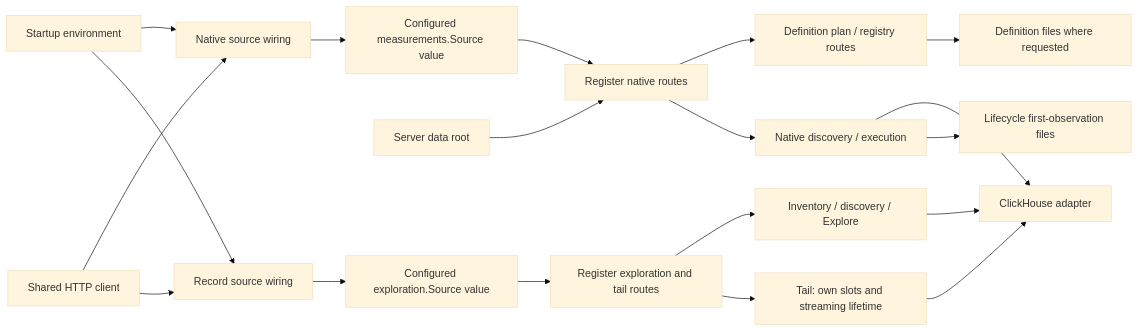
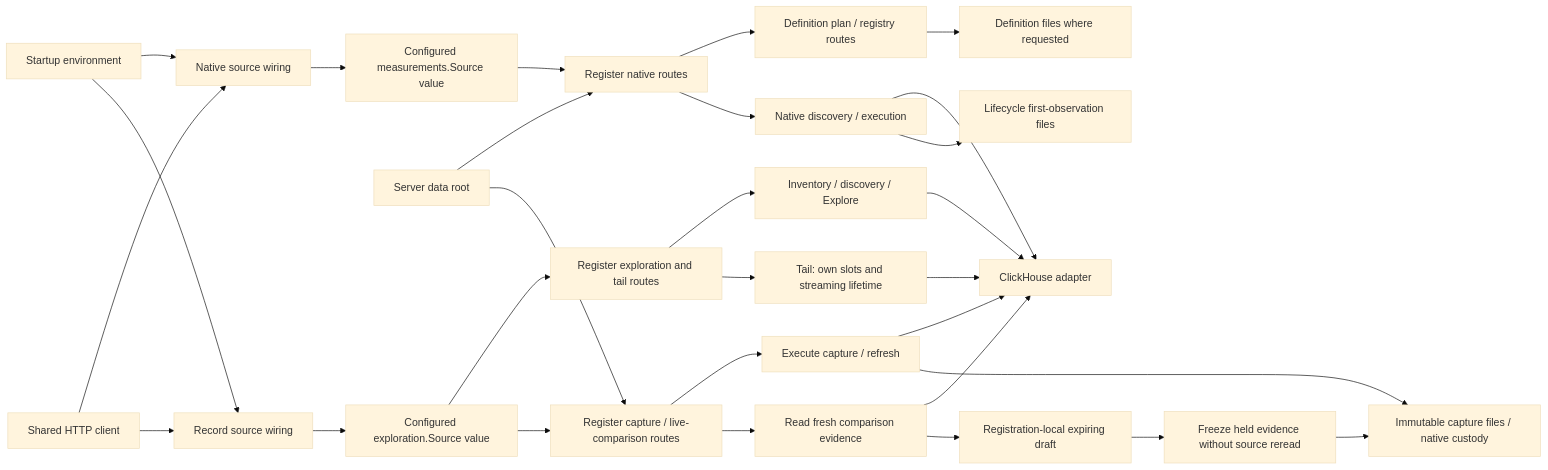
One commit to casselc/goo changed the first of 2 diagrams in docs/HTTP_BOUNDARIES.md. Above: the diagram before and after it, drawn with Mermaid (base theme). The commit also changed other lines of this file and 12 other files, not shown here.

Commit message:
Inject capture and live comparison source dependencies

````diff
--- a/docs/HTTP_BOUNDARIES.md
+++ b/docs/HTTP_BOUNDARIES.md
@@ -86,21 +91,31 @@
 ```mermaid
 flowchart LR
   Env[Startup environment] --> Wiring[Native source wiring]
   Client[Shared HTTP client] --> Wiring
   Wiring --> Source[Configured measurements.Source value]
   Root[Server data root] --> Register[Register native routes]
   Source --> Register
   Register --> Pure[Definition plan / registry routes]
   Register --> Run[Native discovery / execution]
   Run --> CH[ClickHouse adapter]
   Run --> Custody[Lifecycle first-observation files]
   Pure --> Files[Definition files where requested]
   Env --> RecordWiring[Record source wiring]
   Client --> RecordWiring
   RecordWiring --> RecordSource[Configured exploration.Source value]
   RecordSource --> RecordRegister[Register exploration and tail routes]
   RecordRegister --> Queries[Inventory / discovery / Explore]
   RecordRegister --> SSE[Tail: own slots and streaming lifetime]
   Queries --> CH
   SSE --> CH
+  RecordSource --> CaptureRegister[Register capture / live-comparison routes]
+  Root --> CaptureRegister
+  CaptureRegister --> CaptureRead[Execute capture / refresh]
+  CaptureRegister --> LiveRead[Read fresh comparison evidence]
+  CaptureRead --> CH
+  LiveRead --> CH
+  LiveRead --> Draft[Registration-local expiring draft]
+  Draft --> Freeze[Freeze held evidence without source reread]
+  CaptureRead --> CaptureFiles[Immutable capture files / native custody]
+  Freeze --> CaptureFiles
 ```
````
